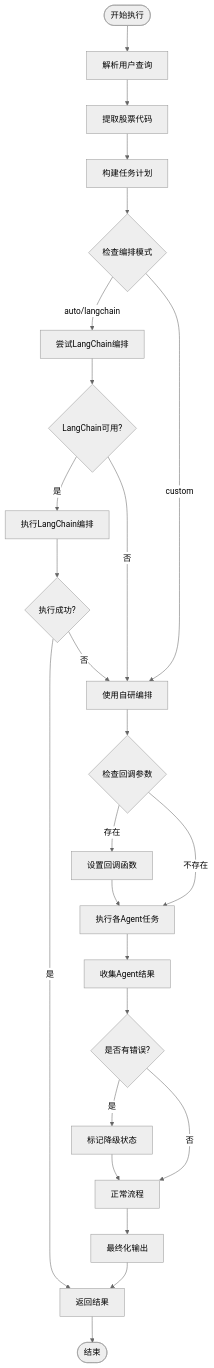
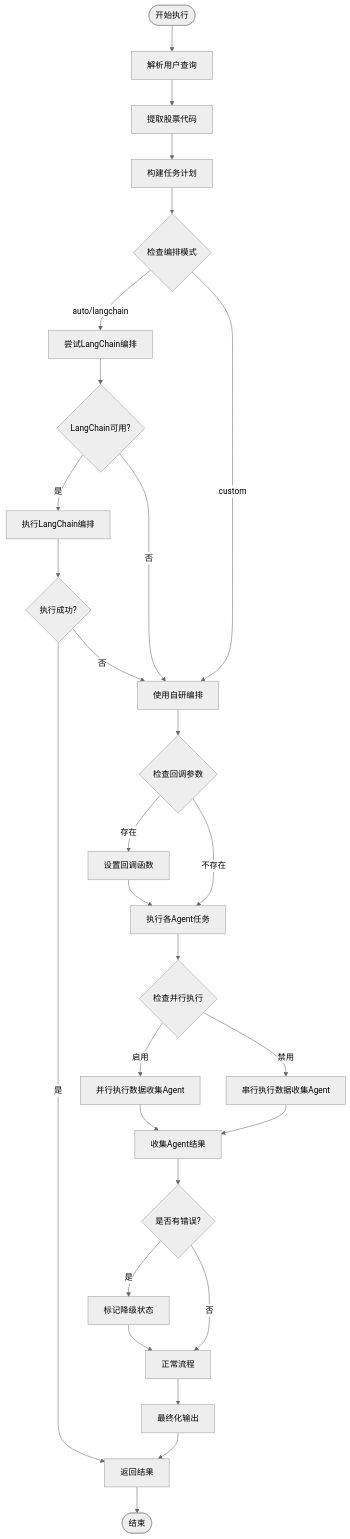
Before and after one commit to LiuAHao/ai_investment: the third of 11 diagrams in .qoder/repowiki/zh/content/智能体系统/MasterAgent主控智能体.md, drawn with Mermaid (neutral theme). The commit also changed other lines of this file and 5 other files, not shown here.

````diff
--- a/.qoder/repowiki/zh/content/智能体系统/MasterAgent主控智能体.md
+++ b/.qoder/repowiki/zh/content/智能体系统/MasterAgent主控智能体.md
@@ -178,27 +186,31 @@
 ```mermaid
 flowchart TD
 Start([开始执行]) --> ParseQuery["解析用户查询"]
 ParseQuery --> ExtractSymbol["提取股票代码"]
 ExtractSymbol --> BuildPlan["构建任务计划"]
 BuildPlan --> CheckMode{"检查编排模式"}
 CheckMode --> |auto/langchain| TryLangChain["尝试LangChain编排"]
 CheckMode --> |custom| CustomExec["使用自研编排"]
 TryLangChain --> LC_Available{"LangChain可用?"}
 LC_Available --> |是| LC_Execute["执行LangChain编排"]
 LC_Available --> |否| CustomExec
 LC_Execute --> LC_Success{"执行成功?"}
 LC_Success --> |是| ReturnResult["返回结果"]
 LC_Success --> |否| CustomExec
 CustomExec --> CheckCallback{"检查回调参数"}
 CheckCallback --> |存在| SetupCallback["设置回调函数"]
 CheckCallback --> |不存在| ExecTasks["执行各Agent任务"]
 SetupCallback --> ExecTasks
-ExecTasks --> CollectResults["收集Agent结果"]
+ExecTasks --> CheckParallel{"检查并行执行"}
+CheckParallel --> |启用| ParallelExec["并行执行数据收集Agent"]
+CheckParallel --> |禁用| SerialExec["串行执行数据收集Agent"]
+ParallelExec --> CollectResults["收集Agent结果"]
+SerialExec --> CollectResults
 CollectResults --> CheckErrors{"是否有错误?"}
 CheckErrors --> |是| MarkDegraded["标记降级状态"]
 CheckErrors --> |否| NormalFlow["正常流程"]
 MarkDegraded --> NormalFlow
 NormalFlow --> Finalize["最终化输出"]
 Finalize --> ReturnResult
 ReturnResult --> End([结束])
 ```
````
